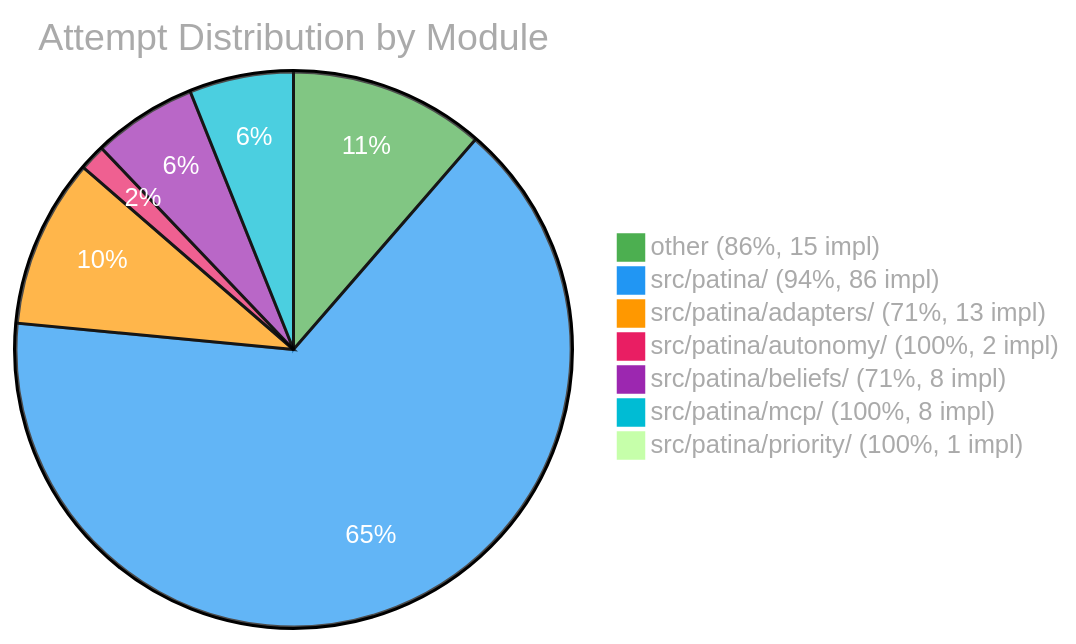
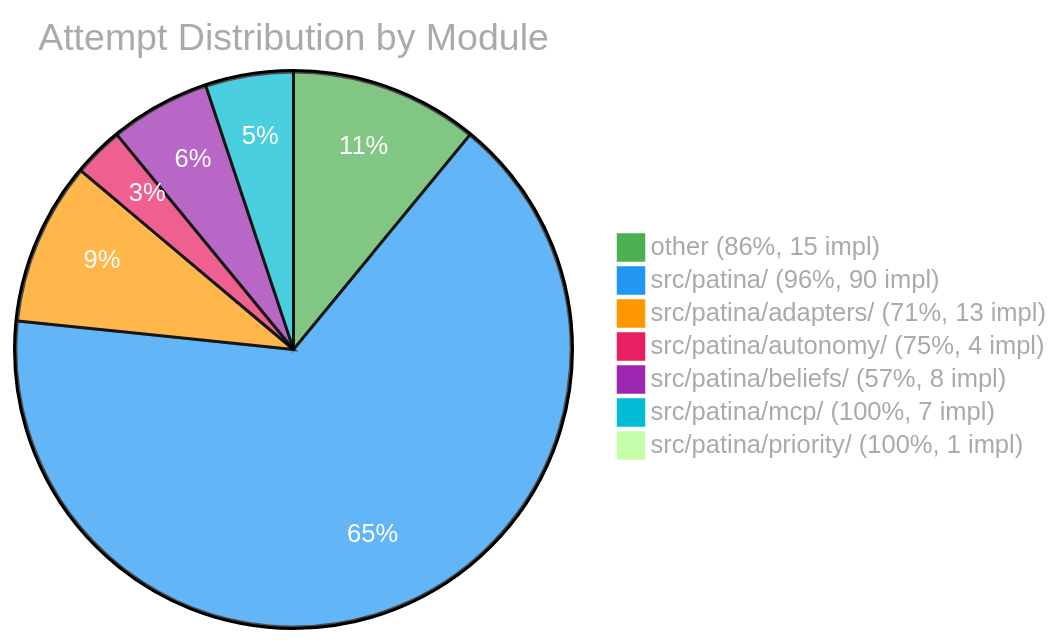
The third of 3 diagrams in EVAL.md (Sanctum-Origo-Systems/patina), drawn with Mermaid before and after one commit. The commit also changed other lines of this file and 1 other file, not shown here.

````diff
--- a/EVAL.md
+++ b/EVAL.md
@@ -116,11 +122,11 @@
 ```mermaid
 %%{init: {'theme': 'base', 'themeVariables': {'pie1': '#4CAF50', 'pie2': '#2196F3', 'pie3': '#FF9800', 'pie4': '#E91E63', 'pie5': '#9C27B0', 'pie6': '#00BCD4', 'pieTitleTextColor': '#aaa', 'pieLegendTextColor': '#aaa', 'pieSectionTextColor': '#fff'}}}%%
 pie title Attempt Distribution by Module
     "other (86%, 15 impl)" : 15
-    "src/patina/ (94%, 86 impl)" : 86
+    "src/patina/ (96%, 90 impl)" : 90
     "src/patina/adapters/ (71%, 13 impl)" : 13
-    "src/patina/autonomy/ (100%, 2 impl)" : 2
-    "src/patina/beliefs/ (71%, 8 impl)" : 8
-    "src/patina/mcp/ (100%, 8 impl)" : 8
+    "src/patina/autonomy/ (75%, 4 impl)" : 4
+    "src/patina/beliefs/ (57%, 8 impl)" : 8
+    "src/patina/mcp/ (100%, 7 impl)" : 7
     "src/patina/priority/ (100%, 1 impl)" : 1
 ```
````
